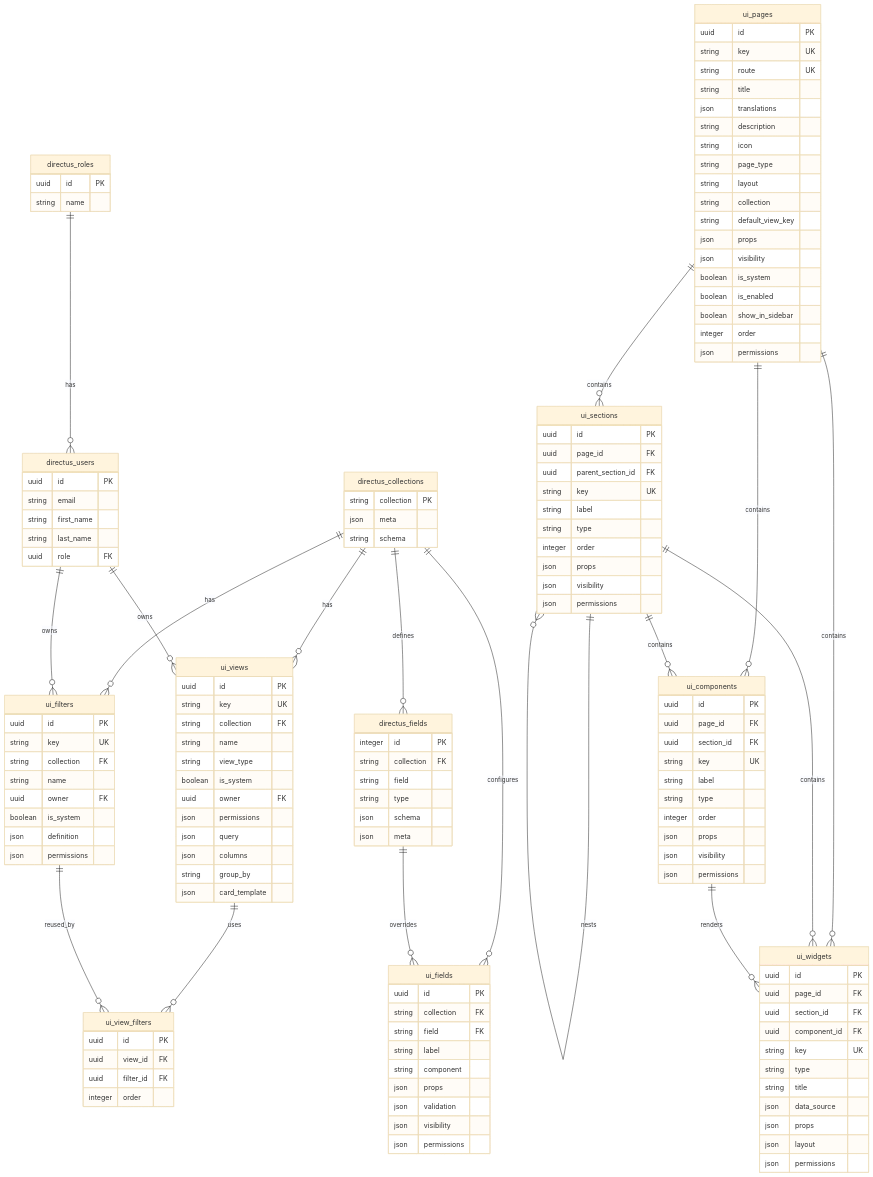
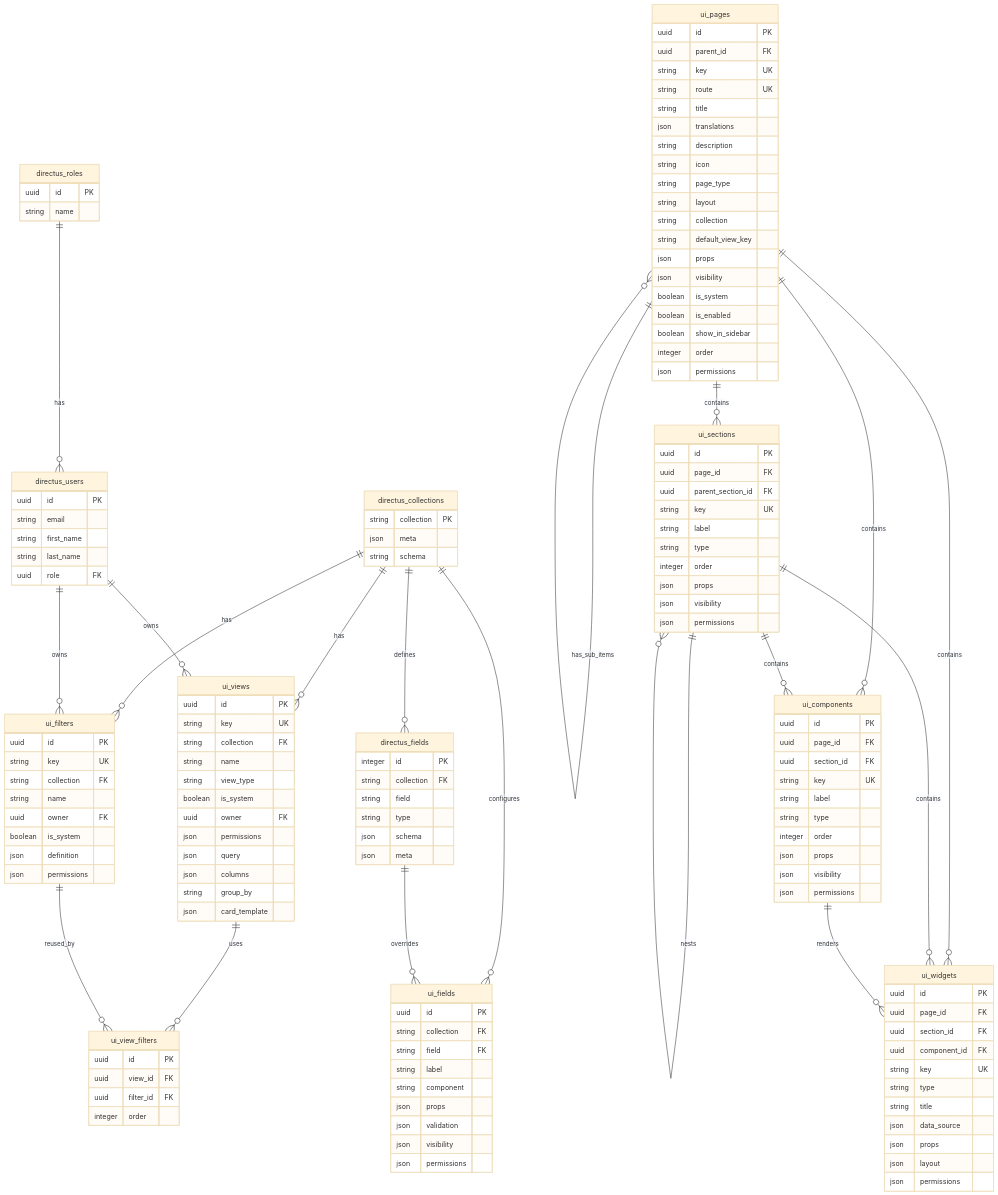
Before and after one commit to tmt203/cx2.0: the fourth of 4 diagrams in docs/architecture.md, drawn with Mermaid (base theme). The commit also changed other lines of this file and 2238 other files, not shown here.

```diff
--- a/docs/architecture.md
+++ b/docs/architecture.md
@@ -249,6 +251,7 @@
 
     ui_pages {
         uuid id PK
+        uuid parent_id FK
         string key UK
         string route UK
         string title
@@ -356,6 +359,7 @@
     directus_roles ||--o{ directus_users : has
     directus_collections ||--o{ directus_fields : defines
 
+    ui_pages ||--o{ ui_pages : has_sub_items
     ui_pages ||--o{ ui_sections : contains
     ui_sections ||--o{ ui_sections : nests
     ui_pages ||--o{ ui_components : contains
```
